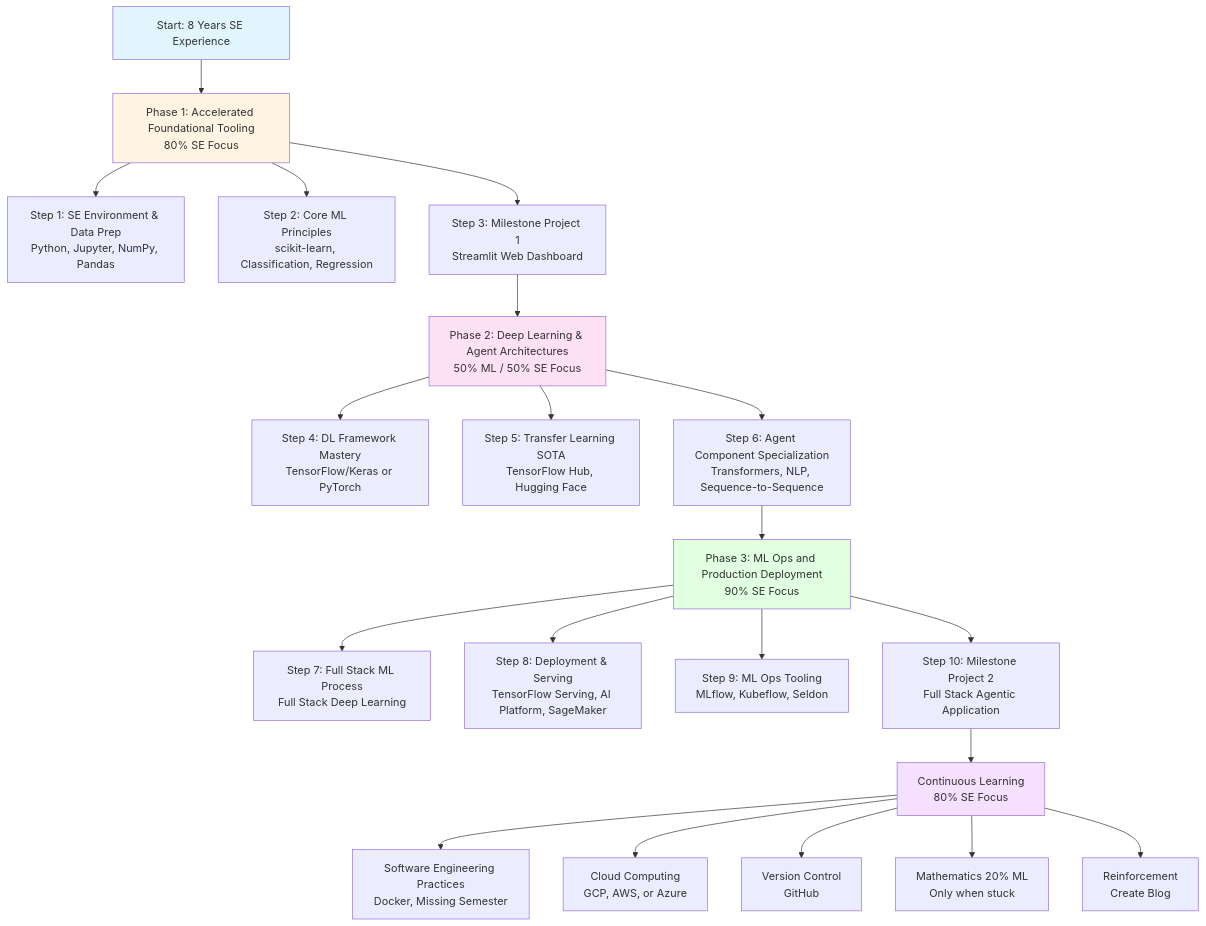
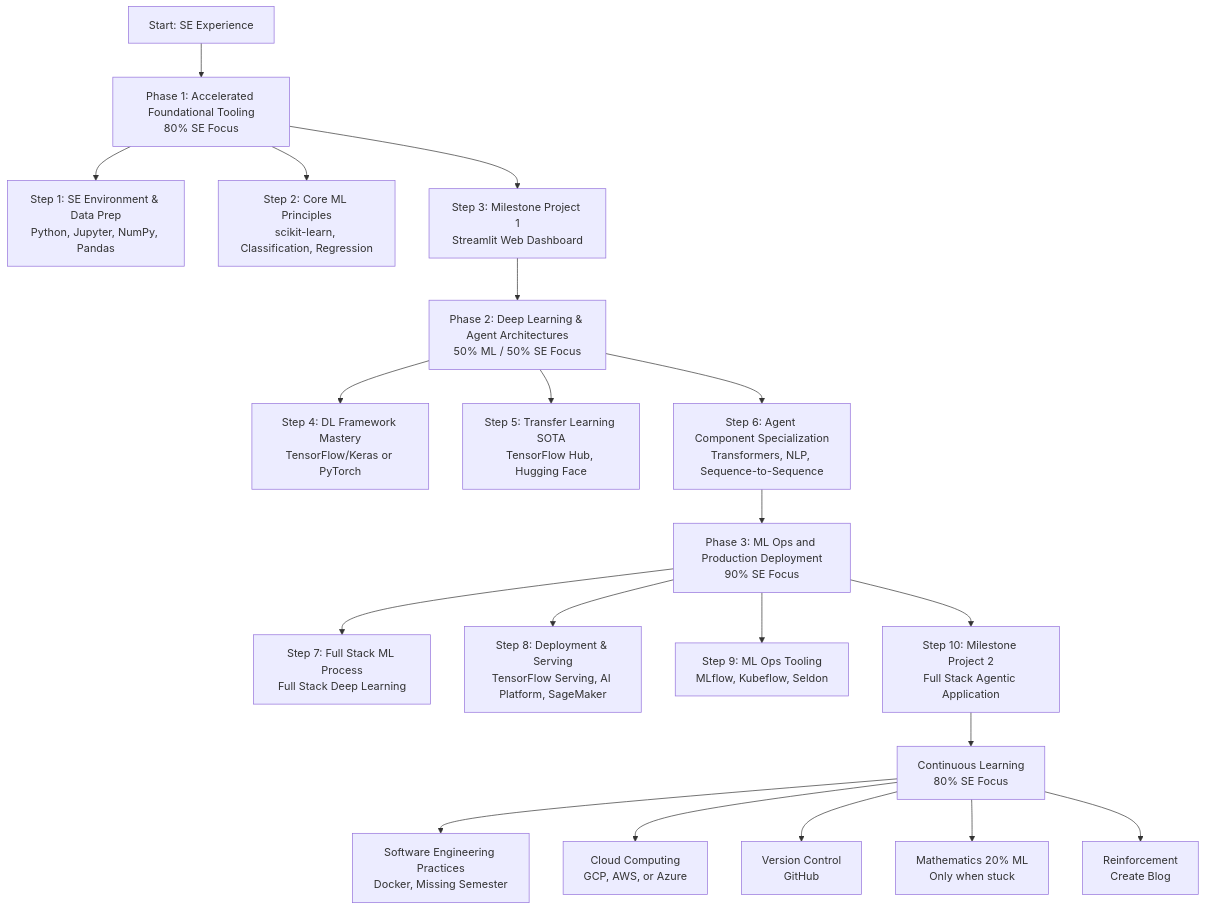
Before and after one commit to RiteshF7/agenticAI-80-20-Roaddmap: the diagram in README.md, drawn with Mermaid.

Commit message:
added roadmap

````diff
--- a/README.md
+++ b/README.md
@@ -9,31 +9,27 @@
 ```mermaid
 graph TD
-    A[Start: 8 Years SE Experience] --> B[Phase 1: Accelerated Foundational Tooling<br/>80% SE Focus]
+    A[Start: SE Experience] --> B[Phase 1: Accelerated Foundational Tooling<br/>80% SE Focus]
     B --> B1[Step 1: SE Environment & Data Prep<br/>Python, Jupyter, NumPy, Pandas]
     B --> B2[Step 2: Core ML Principles<br/>scikit-learn, Classification, Regression]
     B --> B3[Step 3: Milestone Project 1<br/>Streamlit Web Dashboard]
     
     B3 --> C[Phase 2: Deep Learning & Agent Architectures<br/>50% ML / 50% SE Focus]
     C --> C1[Step 4: DL Framework Mastery<br/>TensorFlow/Keras or PyTorch]
     C --> C2[Step 5: Transfer Learning SOTA<br/>TensorFlow Hub, Hugging Face]
     C --> C3[Step 6: Agent Component Specialization<br/>Transformers, NLP, Sequence-to-Sequence]
     
     C3 --> D[Phase 3: ML Ops and Production Deployment<br/>90% SE Focus]
     D --> D1[Step 7: Full Stack ML Process<br/>Full Stack Deep Learning]
     D --> D2[Step 8: Deployment & Serving<br/>TensorFlow Serving, AI Platform, SageMaker]
     D --> D3[Step 9: ML Ops Tooling<br/>MLflow, Kubeflow, Seldon]
     D --> D4[Step 10: Milestone Project 2<br/>Full Stack Agentic Application]
     
     D4 --> E[Continuous Learning<br/>80% SE Focus]
     E --> E1[Software Engineering Practices<br/>Docker, Missing Semester]
     E --> E2[Cloud Computing<br/>GCP, AWS, or Azure]
     E --> E3[Version Control<br/>GitHub]
     E --> E4[Mathematics 20% ML<br/>Only when stuck]
     E --> E5[Reinforcement<br/>Create Blog]
     
-    style A fill:#e1f5ff
-    style B fill:#fff4e1
-    style C fill:#ffe1f5
-    style D fill:#e1ffe1
-    style E fill:#f5e1ff
+    
 ```
````
